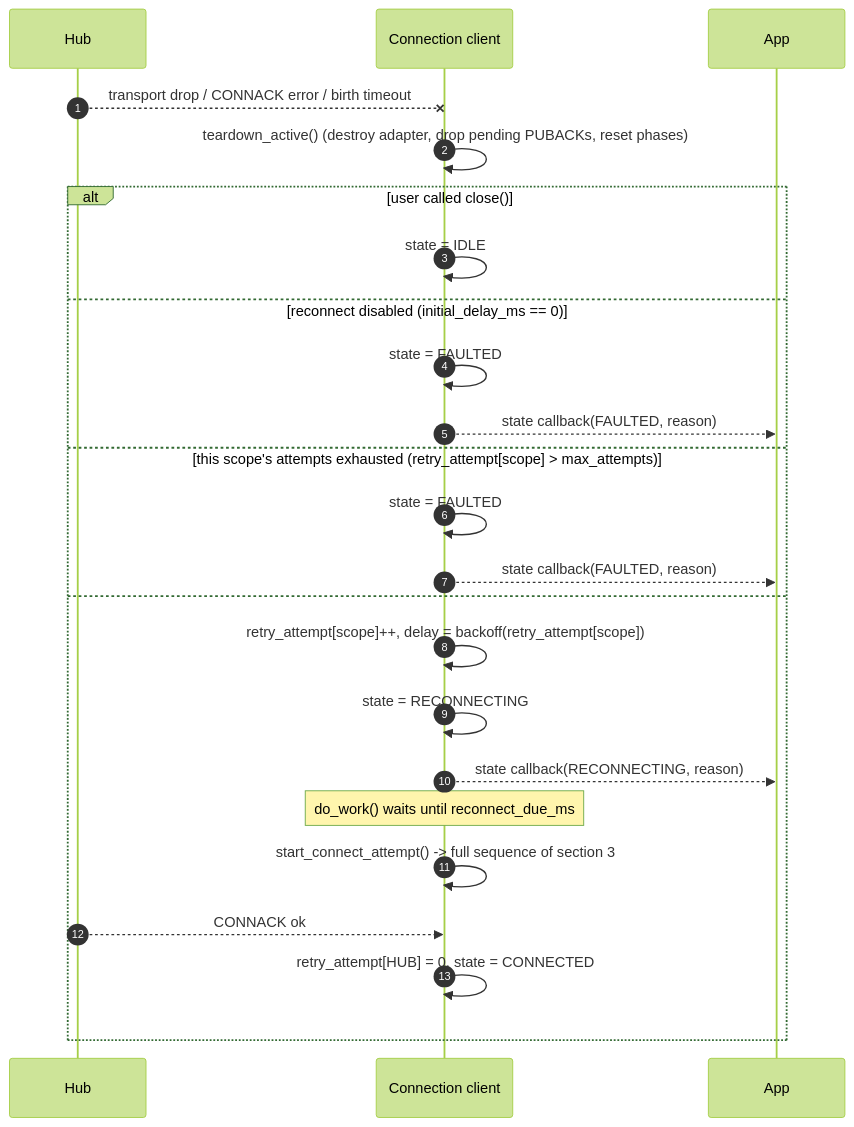
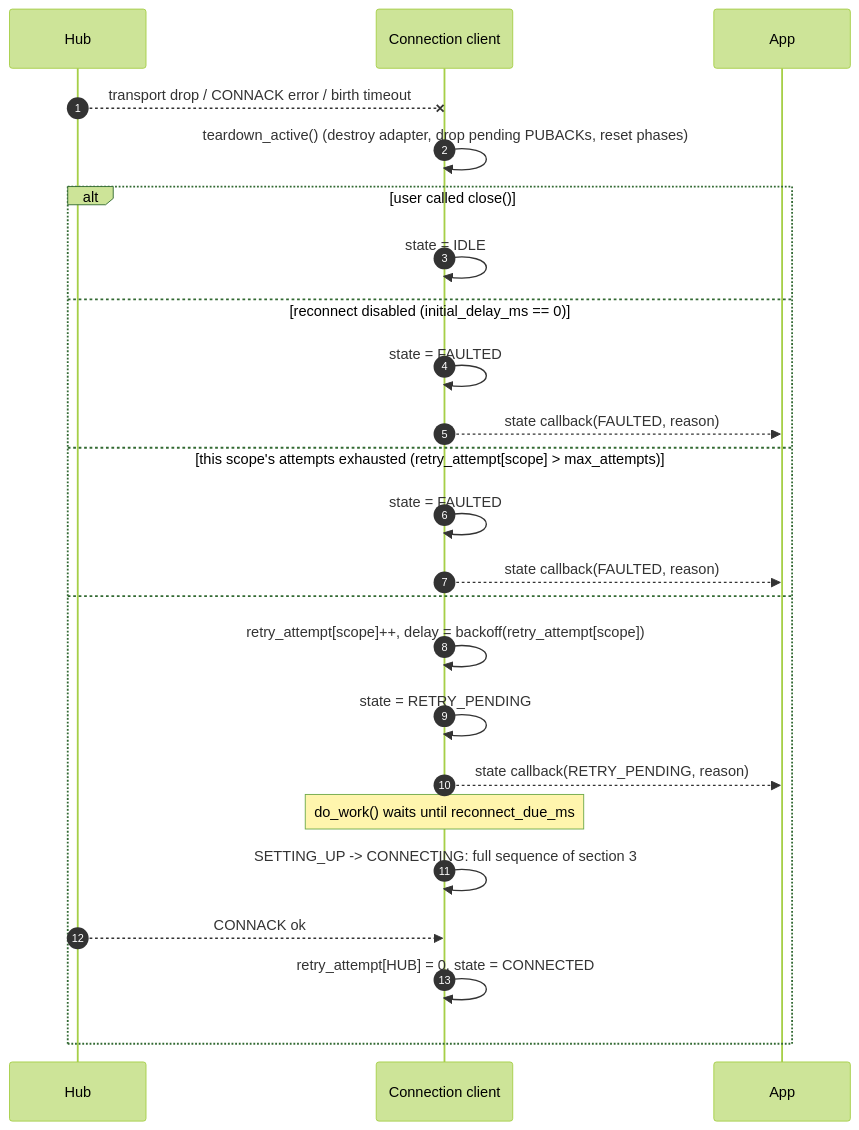
Before and after one commit to Azure/azure-iot-sdk: the fifth of 9 diagrams in c/docs/eng/connection.md, drawn with Mermaid (forest theme). The commit also changed other lines of this file and 18 other files, not shown here.

First line of the commit message:
[C] Report every connection attempt: SETTING_UP state, RETRY_PENDING rename, LOCAL error source (#365)

````diff
--- a/c/docs/eng/connection.md
+++ b/c/docs/eng/connection.md
@@ -321,27 +327,27 @@
 ```mermaid
 sequenceDiagram
     autonumber
     participant Hub
     participant Conn as Connection client
     participant App
 
     Hub--xConn: transport drop / CONNACK error / birth timeout
     Conn->>Conn: teardown_active() (destroy adapter, drop pending PUBACKs, reset phases)
     alt user called close()
         Conn->>Conn: state = IDLE
     else reconnect disabled (initial_delay_ms == 0)
         Conn->>Conn: state = FAULTED
         Conn-->>App: state callback(FAULTED, reason)
     else this scope's attempts exhausted (retry_attempt[scope] > max_attempts)
         Conn->>Conn: state = FAULTED
         Conn-->>App: state callback(FAULTED, reason)
     else
         Conn->>Conn: retry_attempt[scope]++, delay = backoff(retry_attempt[scope])
-        Conn->>Conn: state = RECONNECTING
-        Conn-->>App: state callback(RECONNECTING, reason)
+        Conn->>Conn: state = RETRY_PENDING
+        Conn-->>App: state callback(RETRY_PENDING, reason)
         Note over Conn: do_work() waits until reconnect_due_ms
-        Conn->>Conn: start_connect_attempt() -> full sequence of section 3
+        Conn->>Conn: SETTING_UP -> CONNECTING: full sequence of section 3
         Hub-->>Conn: CONNACK ok
         Conn->>Conn: retry_attempt[HUB] = 0, state = CONNECTED
     end
 ```
````
